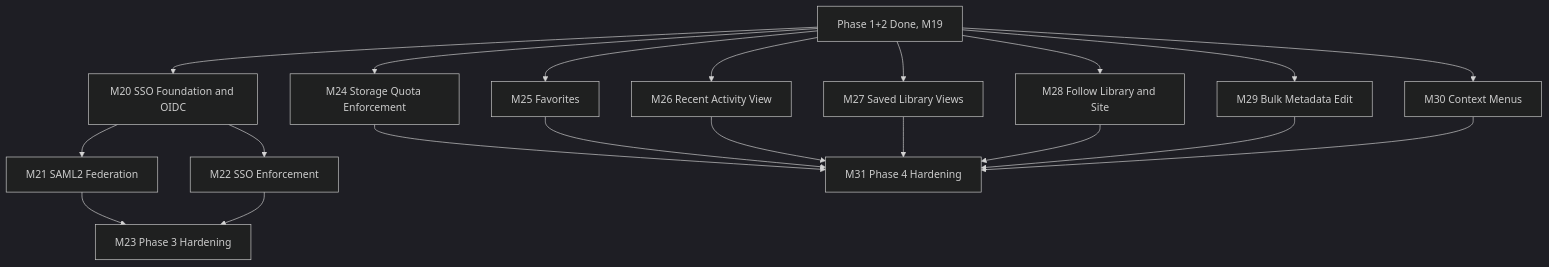
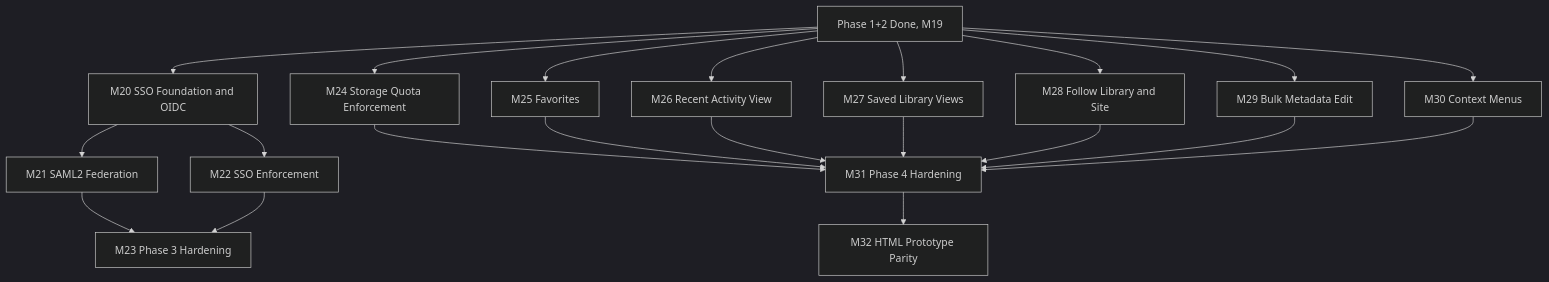
The diagram in doc/ImplementationPlan V1.2.md (yanziyang/eDMS), drawn with Mermaid (dark theme) before and after one commit. The commit also changed other lines of this file, not shown here.

Commit message:
docs: add prototype parity milestone M32

````diff
--- a/doc/ImplementationPlan V1.2.md
+++ b/doc/ImplementationPlan V1.2.md
@@ -168,22 +169,23 @@
 ```mermaid
 graph TD
     P[Phase 1+2 Done, M19] --> M20[M20 SSO Foundation and OIDC]
     M20 --> M21[M21 SAML2 Federation]
     M20 --> M22[M22 SSO Enforcement]
     M21 --> M23[M23 Phase 3 Hardening]
     M22 --> M23
     P --> M24[M24 Storage Quota Enforcement]
     P --> M25[M25 Favorites]
     P --> M26[M26 Recent Activity View]
     P --> M27[M27 Saved Library Views]
     P --> M28[M28 Follow Library and Site]
     P --> M29[M29 Bulk Metadata Edit]
     P --> M30[M30 Context Menus]
     M24 --> M31[M31 Phase 4 Hardening]
     M25 --> M31
     M26 --> M31
     M27 --> M31
     M28 --> M31
     M29 --> M31
     M30 --> M31
+    M31 --> M32[M32 HTML Prototype Parity]
 ```
````
